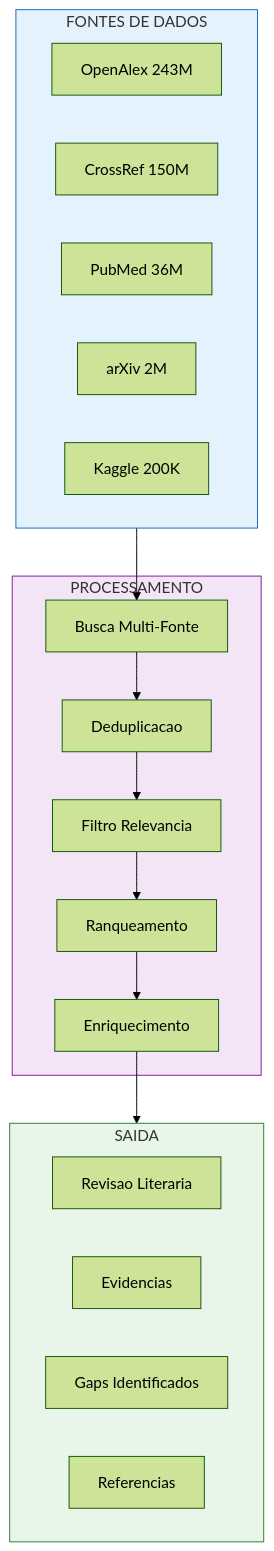
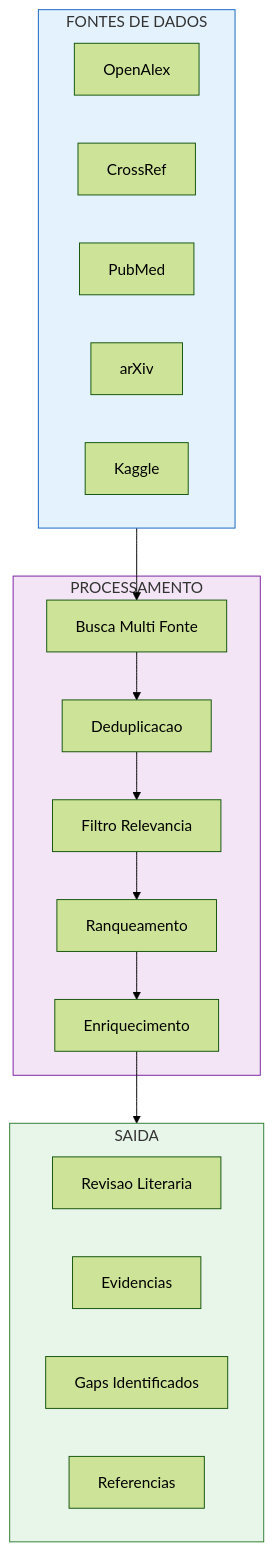
Diagram 15 of 22 in README.md (MarceloClaro/opencode-ecosystem-core), drawn with Mermaid (forest theme) before and after one commit. The commit also changed other lines of this file, not shown here.

First line of the commit message:
fix(docs): fix all Mermaid diagrams rendering errors

````diff
--- a/README.md
+++ b/README.md
@@ -874,32 +874,32 @@
 ```mermaid
 flowchart TD
     subgraph SRC[FONTES DE DADOS]
-        OA[OpenAlex 243M]
-        CR[CrossRef 150M]
-        PM[PubMed 36M]
-        AR[arXiv 2M]
-        KG[Kaggle 200K]
+        OA[OpenAlex]
+        CR[CrossRef]
+        PM[PubMed]
+        AR[arXiv]
+        KG[Kaggle]
     end
 
     subgraph PROC[PROCESSAMENTO]
-        SEARCH2[Busca Multi-Fonte]
+        SEARCH2[Busca Multi Fonte]
         DEDUP[Deduplicacao]
         FILTER2[Filtro Relevancia]
         RANK2[Ranqueamento]
         ENRICH2[Enriquecimento]
     end
 
     subgraph OUT3[SAIDA]
         LIT[Revisao Literaria]
         EVID[Evidencias]
         GAP2[Gaps Identificados]
         REF[Referencias]
     end
 
     SRC --> SEARCH2
     SEARCH2 --> DEDUP --> FILTER2 --> RANK2 --> ENRICH2 --> OUT3
 
     style SRC fill:#e3f2fd,stroke:#1565c0
     style PROC fill:#f3e5f5,stroke:#7b1fa2
     style OUT3 fill:#e8f5e9,stroke:#2e7d32
 ```
````
